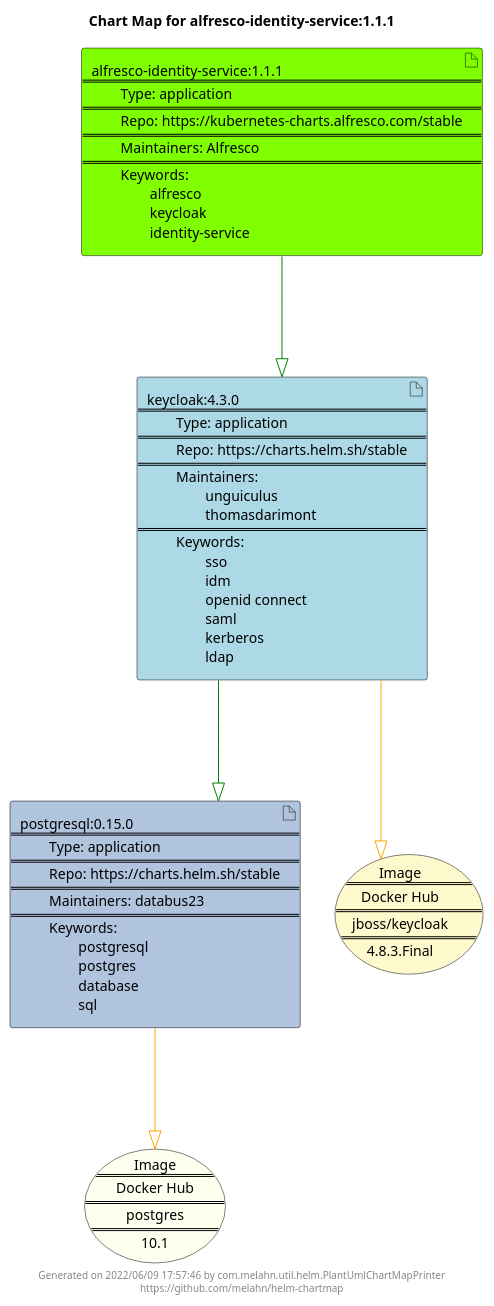
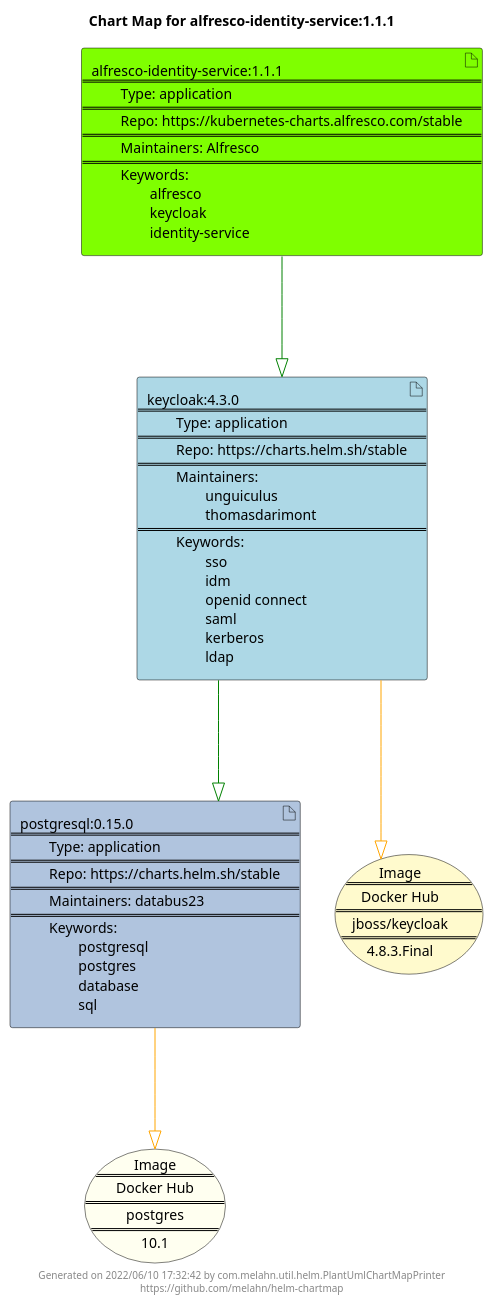
One commit to melahn/helm-chartmap changed the diagram in docs/alfresco-identity-service/alfresco-identity-service-1.1.1.puml. Above: the diagram before and after it, drawn with PlantUML. The commit also changed 58 other files, not shown here.

Commit message:
Update Example Chart Maps as part of GitHub build

```diff
--- a/docs/alfresco-identity-service/alfresco-identity-service-1.1.1.puml
+++ b/docs/alfresco-identity-service/alfresco-identity-service-1.1.1.puml
@@ -1,27 +1,27 @@
 @startuml
 skinparam linetype ortho
 skinparam backgroundColor white
 skinparam usecaseBorderColor black
 skinparam usecaseArrowColor LightSlateGray
 skinparam artifactBorderColor black
 skinparam artifactArrowColor LightSlateGray
 
 title Chart Map for alfresco-identity-service:1.1.1
 
 'There are 3 referenced Helm Charts
 artifact "postgresql:0.15.0\n====\n\tType: application\n====\n\tRepo: https://charts.helm.sh/stable\n====\n\tMaintainers: databus23\n====\n\tKeywords: \n\t\tpostgresql\n\t\tpostgres\n\t\tdatabase\n\t\tsql" as postgresql_0_15_0 #LightSteelBlue
 artifact "alfresco-identity-service:1.1.1\n====\n\tType: application\n====\n\tRepo: https://kubernetes-charts.alfresco.com/stable\n====\n\tMaintainers: Alfresco\n====\n\tKeywords: \n\t\talfresco\n\t\tkeycloak\n\t\tidentity-service" as alfresco_identity_service_1_1_1 #Chartreuse
 artifact "keycloak:4.3.0\n====\n\tType: application\n====\n\tRepo: https://charts.helm.sh/stable\n====\n\tMaintainers: \n\t\tunguiculus\n\t\tthomasdarimont\n====\n\tKeywords: \n\t\tsso\n\t\tidm\n\t\topenid connect\n\t\tsaml\n\t\tkerberos\n\t\tldap" as keycloak_4_3_0 #LightBlue
 
 'There are 2 referenced Docker Images
 usecase "Image\n====\nDocker Hub\n====\npostgres\n====\n10.1" as postgres_10_1 #Ivory
 usecase "Image\n====\nDocker Hub\n====\njboss/keycloak\n====\n4.8.3.Final" as jboss_keycloak_4_8_3_Final #LemonChiffon
 
 'Chart Dependencies
 alfresco_identity_service_1_1_1--[#green]-|>keycloak_4_3_0
 keycloak_4_3_0--[#green]-|>postgresql_0_15_0
 postgresql_0_15_0--[#orange]-|>postgres_10_1
 keycloak_4_3_0--[#orange]-|>jboss_keycloak_4_8_3_Final
 
-center footer Generated on 2022/06/09 17:57:46 by com.melahn.util.helm.PlantUmlChartMapPrinter\nhttps://github.com/melahn/helm-chartmap
+center footer Generated on 2022/06/10 17:32:42 by com.melahn.util.helm.PlantUmlChartMapPrinter\nhttps://github.com/melahn/helm-chartmap
 @enduml
```
